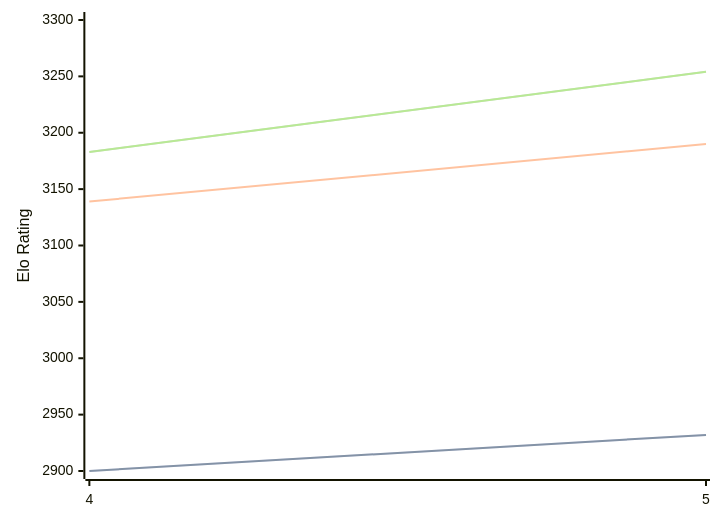
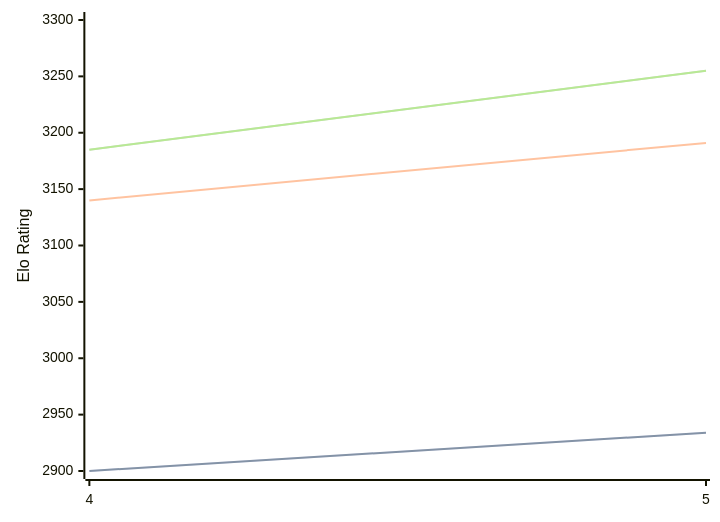
Before and after one commit to computer-chess-index/cci: the diagram in engines/Cwtch.md, drawn with Mermaid. The commit also changed other lines of this file, not shown here.

Commit message:
Update CCI Ratings (ELO VLTC) - 2026-05-17

````diff
--- a/engines/Cwtch.md
+++ b/engines/Cwtch.md
@@ -34,11 +34,11 @@
 ```mermaid
 %%{init: {"theme":"base","themeVariables":{"seriesColors:['#a3a3a3','#222221','#faa371']}}}%%
 xychart-beta
   x-axis ["4", "5"]
   y-axis "Elo Rating" 2900 --> 3300
-  line "STC (8.0+0.08s)" [2900, 2932]
-  line "STC (8.0+0.08s)" [2900, 2932]
-  line "LTC (60.0+0.60s)" [3139, 3190]
-  line "VLTC (2m24s+1.12s)" [3183, 3254]
-  line "VLTC (2m24s+1.12s)" [3183, 3254]
+  line "STC (8.0+0.08s)" [2900, 2934]
+  line "STC (8.0+0.08s)" [2900, 2934]
+  line "LTC (60.0+0.60s)" [3140, 3191]
+  line "VLTC (2m24s+1.12s)" [3185, 3255]
+  line "VLTC (2m24s+1.12s)" [3185, 3255]
 ```
````
